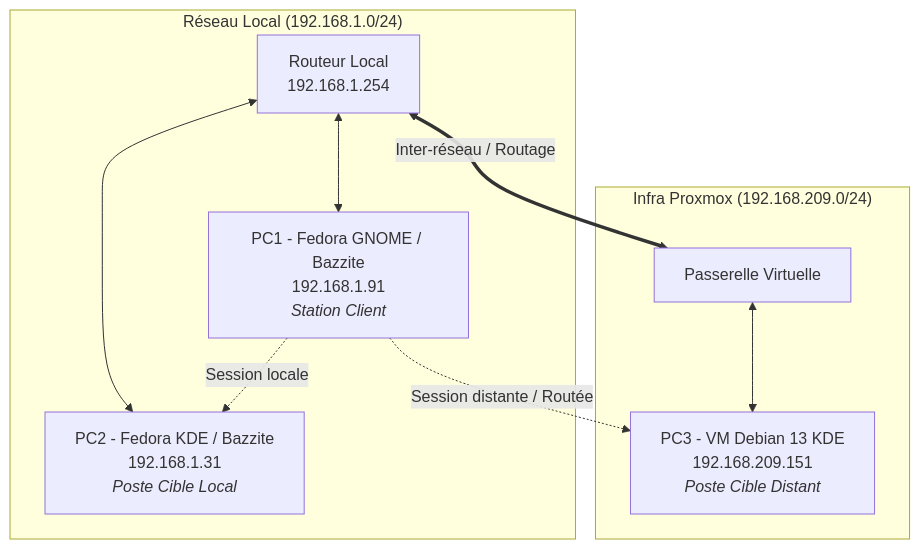
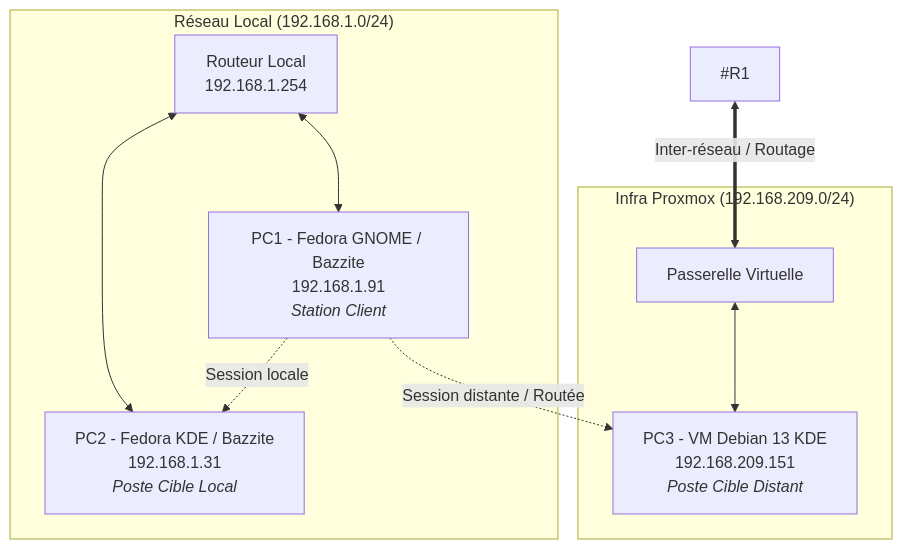
Before and after one commit to Loris-Kuj0/doc-sio: the diagram in docs/da.md, drawn with Mermaid. The commit also changed other lines of this file, not shown here.

````diff
--- a/docs/da.md
+++ b/docs/da.md
@@ -24,22 +24,22 @@
 ```mermaid
 graph TD
     subgraph LAN1 ["Réseau Local (192.168.1.0/24)"]
         R1[Routeur Local<br/>192.168.1.254]
         PC1[PC1 - Fedora GNOME / Bazzite<br/>192.168.1.91<br/><i>Station Client</i>]
         PC2[PC2 - Fedora KDE / Bazzite<br/>192.168.1.31<br/><i>Poste Cible Local</i>]
         
         R1 <--> PC1
         R1 <--> PC2
     end
 
     subgraph PROXMOX ["Infra Proxmox (192.168.209.0/24)"]
         GW[Passerelle Virtuelle]
         PC3[PC3 - VM Debian 13 KDE<br/>192.168.209.151<br/><i>Poste Cible Distant</i>]
         
         GW <--> PC3
     end
 
-    R1 <==>|Inter-réseau / Routage| GW
+    #R1 <==>|Inter-réseau / Routage| GW
     PC1 -.->|Session locale| PC2
     PC1 -.->|Session distante / Routée| PC3
 ```
````
